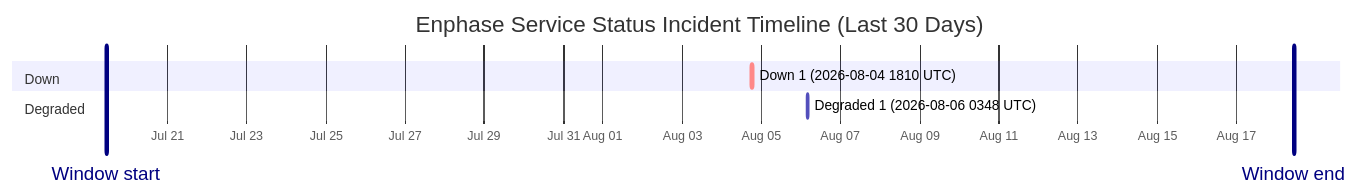
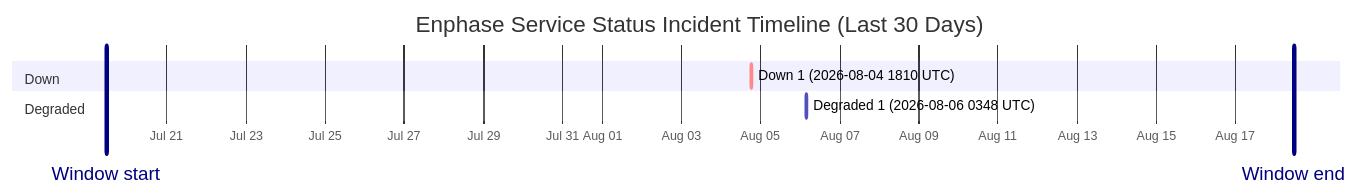
One commit to barneyonline/ha-enphase-energy changed the diagram in wiki/Service-Status-History.md. Above: the diagram before and after it, drawn with Mermaid. The commit also changed other lines of this file and 3 other files, not shown here.

````diff
--- a/wiki/Service-Status-History.md
+++ b/wiki/Service-Status-History.md
@@ -14,12 +14,12 @@
 ```mermaid
 gantt
     title Enphase Service Status Incident Timeline (Last 30 Days)
     dateFormat  YYYY-MM-DDTHH:mm:ss
     axisFormat  %b %d
-    Window start :vert, window-start, 2026-07-19T10:55:16, 0ms
-    Window end :vert, window-end, 2026-08-18T10:55:16, 0ms
+    Window start :vert, window-start, 2026-07-19T11:23:26, 0ms
+    Window end :vert, window-end, 2026-08-18T11:23:26, 0ms
     section Down
     Down 1 (2026-08-04 1810 UTC) :crit, down-1, 2026-08-04T18:10:46, 60m
     section Degraded
     Degraded 1 (2026-08-06 0348 UTC) :active, degraded-1, 2026-08-06T03:48:14, 60m
 ```
````
